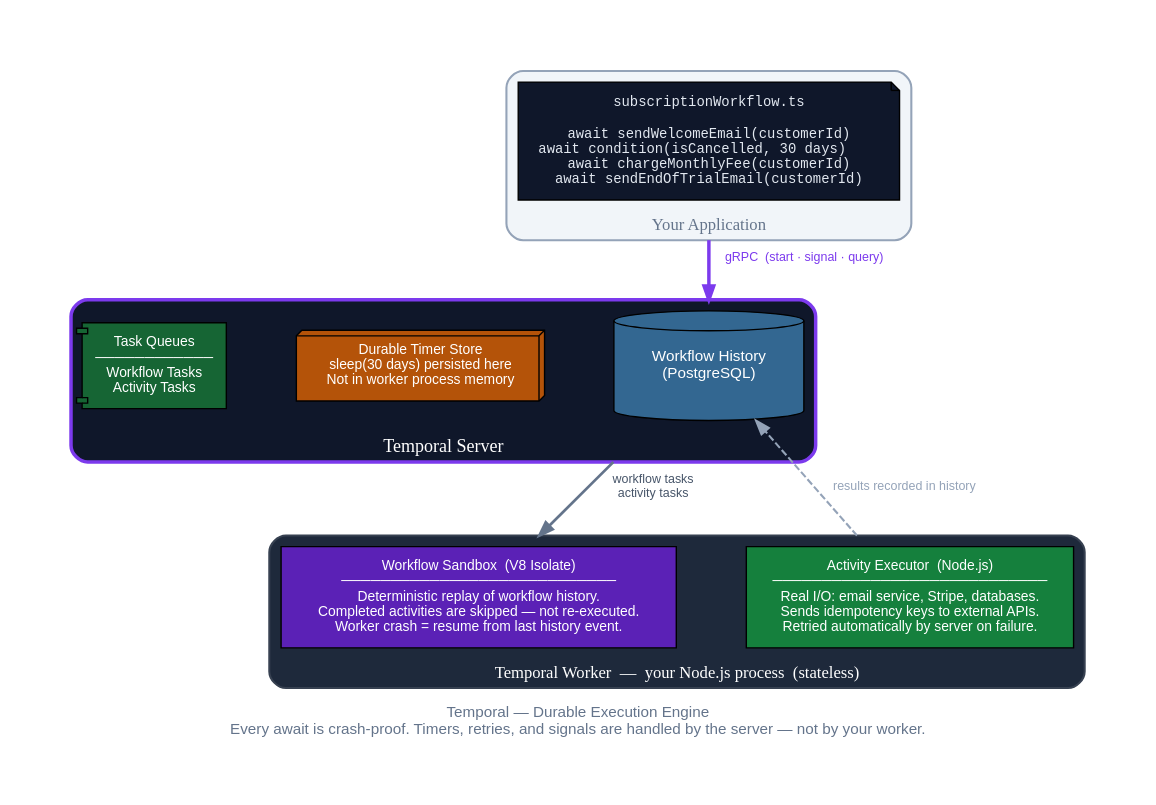
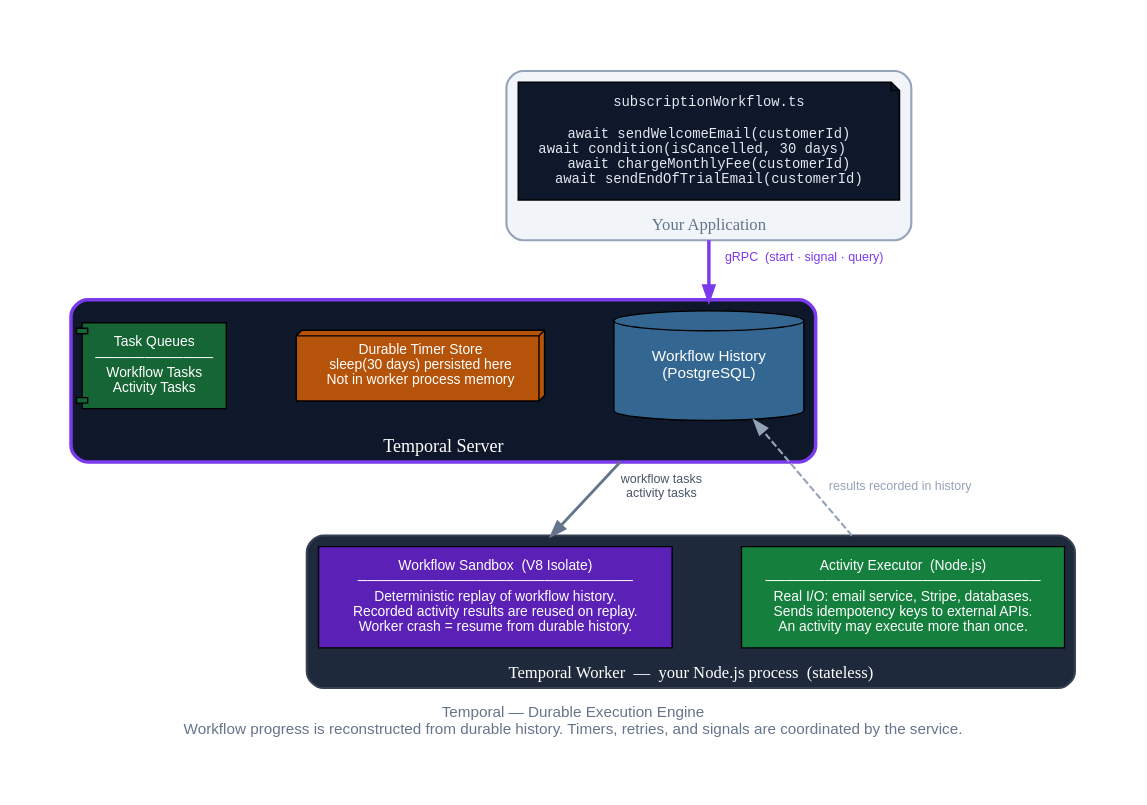
The diagram in docs/diagrams/temporal-architecture.dot (HackerM0nk/temporal-from-scratch), drawn with Graphviz before and after one commit. The commit also changed 20 other files, not shown here.

Commit message:
Add a durable Temporal and Flue agentic workflow guide

```diff
--- a/docs/diagrams/temporal-architecture.dot
+++ b/docs/diagrams/temporal-architecture.dot
@@ -1,62 +1,62 @@
 digraph {
   rankdir=TB
   bgcolor="white"
   fontname="Helvetica"
   compound=true
   nodesep=0.7
   ranksep=0.9
   pad=0.5
-  label="Temporal — Durable Execution Engine\nEvery await is crash-proof. Timers, retries, and signals are handled by the server — not by your worker."
+  label="Temporal — Durable Execution Engine\nWorkflow progress is reconstructed from durable history. Timers, retries, and signals are coordinated by the service."
   labelloc=b labeljust=c fontsize=11 fontcolor="#64748B"
 
   node [fontname="Helvetica" style=filled fontsize=11 margin="0.2,0.12"]
   edge [fontname="Helvetica" fontsize=9 penwidth=1.5 color="#64748B" fontcolor="#475569"]
 
   subgraph cluster_code {
     label="Your Application" fontsize=12 fontname="Helvetica Bold"
     bgcolor="#F1F5F9" color="#94A3B8" style=rounded penwidth=1.5
     wf [label="subscriptionWorkflow.ts\n\nawait sendWelcomeEmail(customerId)\nawait condition(isCancelled, 30 days)    \nawait chargeMonthlyFee(customerId)\nawait sendEndOfTrialEmail(customerId)"
         shape=note fillcolor="#0F172A" fontcolor="#E2E8F0" fontsize=10 fontname="Courier,Courier New"]
   }
 
   subgraph cluster_server {
     label="Temporal Server" fontsize=13 fontname="Helvetica Bold" fontcolor="white"
     bgcolor="#0F172A" color="#7C3AED" style=rounded penwidth=2.5
 
     hist  [label="Workflow History\n(PostgreSQL)"
            shape=cylinder fillcolor="#336791" fontcolor="white"
            width=1.9 height=1.1 fontsize=11]
 
     timer [label="Durable Timer Store\nsleep(30 days) persisted here\nNot in worker process memory"
            shape=box3d fillcolor="#B45309" fontcolor="white" fontsize=10]
 
     queue [label="Task Queues\n────────────\nWorkflow Tasks\nActivity Tasks"
            shape=component fillcolor="#166534" fontcolor="white" fontsize=10]
 
     { rank=same; hist; timer; queue }
   }
 
   subgraph cluster_worker {
     label="Temporal Worker  —  your Node.js process  (stateless)" fontsize=12 fontname="Helvetica Bold" fontcolor="white"
     bgcolor="#1E293B" color="#374151" style=rounded penwidth=1.5
 
-    sandbox [label="Workflow Sandbox  (V8 Isolate)\n────────────────────────────\nDeterministic replay of workflow history.\nCompleted activities are skipped — not re-executed.\nWorker crash = resume from last history event."
+    sandbox [label="Workflow Sandbox  (V8 Isolate)\n────────────────────────────\nDeterministic replay of workflow history.\nRecorded activity results are reused on replay.\nWorker crash = resume from durable history."
              shape=box fillcolor="#5B21B6" fontcolor="white" width=3.2 fontsize=10]
 
-    exec    [label="Activity Executor  (Node.js)\n────────────────────────────\nReal I/O: email service, Stripe, databases.\nSends idempotency keys to external APIs.\nRetried automatically by server on failure."
+    exec    [label="Activity Executor  (Node.js)\n────────────────────────────\nReal I/O: email service, Stripe, databases.\nSends idempotency keys to external APIs.\nAn activity may execute more than once."
              shape=box fillcolor="#15803D" fontcolor="white" width=3.2 fontsize=10]
 
     { rank=same; sandbox; exec }
   }
 
   wf -> hist [lhead=cluster_server ltail=cluster_code
               label="  gRPC  (start · signal · query)"
               color="#7C3AED" fontcolor="#7C3AED" penwidth=2.5]
 
   hist -> sandbox [ltail=cluster_server lhead=cluster_worker
                    label="  workflow tasks\n  activity tasks" penwidth=2]
 
   exec -> hist [ltail=cluster_worker
                 label="results recorded in history  "
                 style=dashed color="#94A3B8" fontcolor="#94A3B8"]
 }
```
